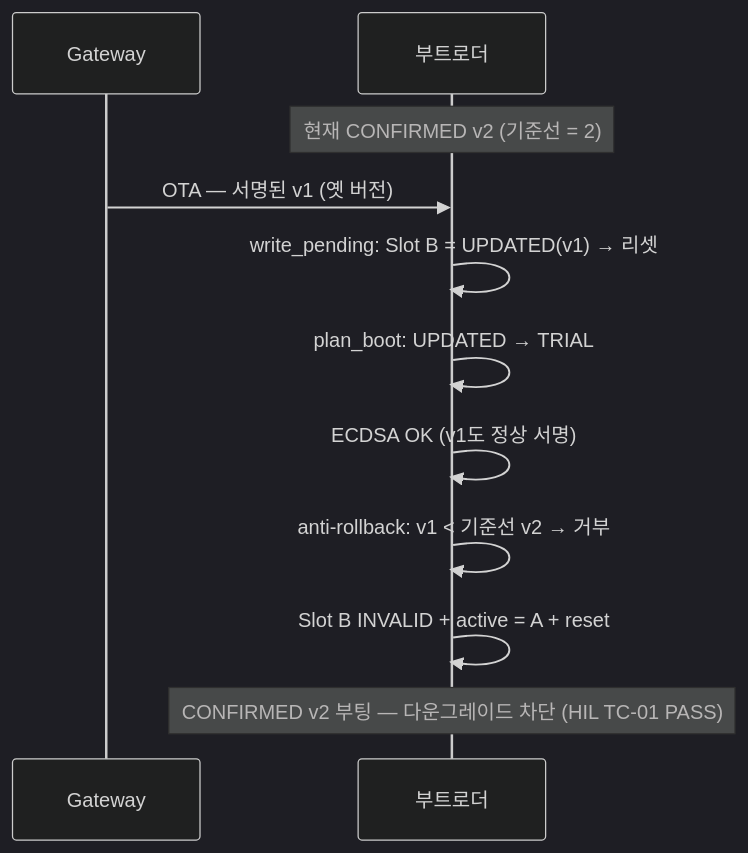
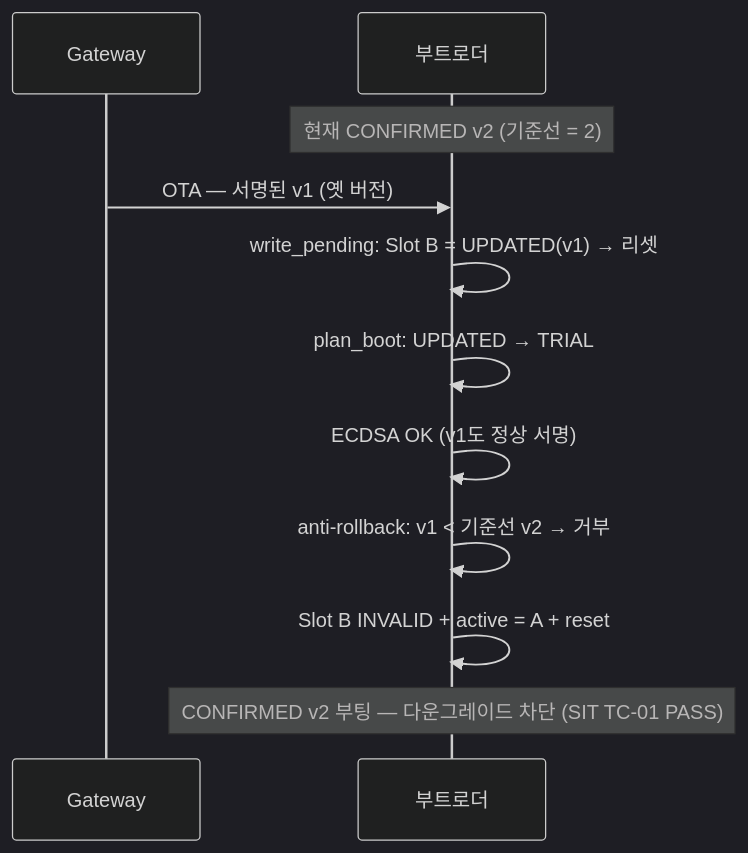
Before and after one commit to JaehyeongIm/automotive-secure-ota-ecu: the sixth of 8 diagrams in docs/diagram.md, drawn with Mermaid (dark theme). The commit also changed other lines of this file and 10 other files, not shown here.

First line of the commit message:
docs: 실보드 검증 명칭 HIL→SIT 표준화 — ADR-010 신규

````diff
--- a/docs/diagram.md
+++ b/docs/diagram.md
@@ -236,13 +236,13 @@
 ```mermaid
 sequenceDiagram
     participant GW as Gateway
     participant BL as 부트로더
     Note over BL: 현재 CONFIRMED v2 (기준선 = 2)
     GW->>BL: OTA — 서명된 v1 (옛 버전)
     BL->>BL: write_pending: Slot B = UPDATED(v1) → 리셋
     BL->>BL: plan_boot: UPDATED → TRIAL
     BL->>BL: ECDSA OK (v1도 정상 서명)
     BL->>BL: anti-rollback: v1 < 기준선 v2 → 거부
     BL->>BL: Slot B INVALID + active = A + reset
-    Note over BL: CONFIRMED v2 부팅 — 다운그레이드 차단 (HIL TC-01 PASS)
+    Note over BL: CONFIRMED v2 부팅 — 다운그레이드 차단 (SIT TC-01 PASS)
 ```
````
